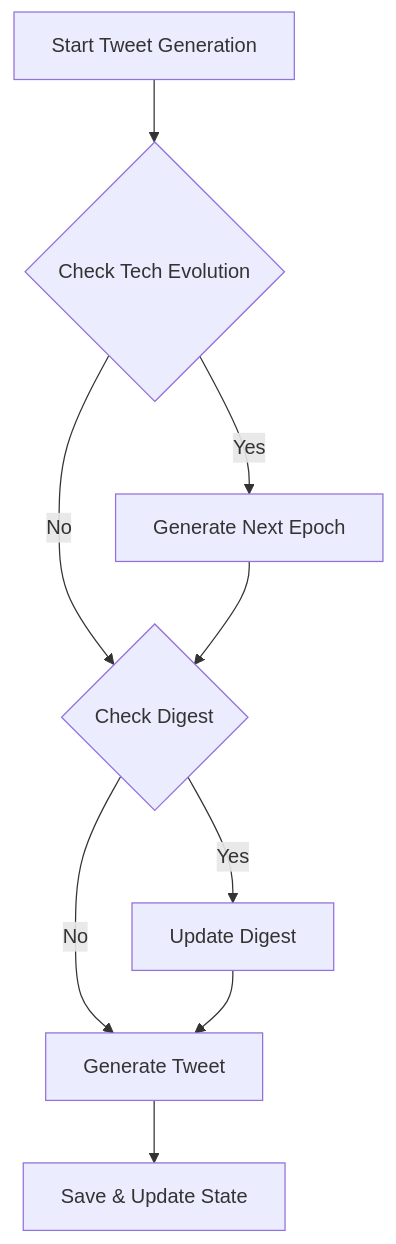
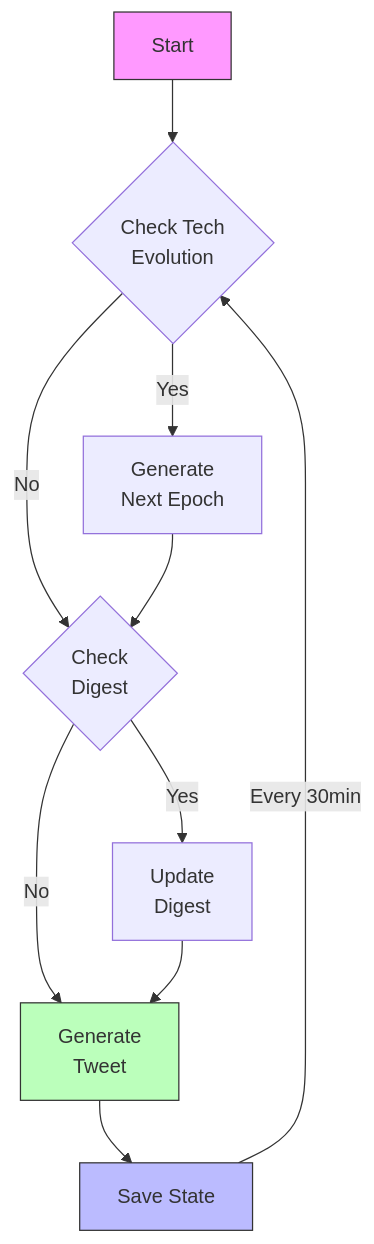
One commit to chenzhisen/XaviersSimACTII changed the diagram in README.md. Above: the diagram before and after it, drawn with Mermaid.

Commit message:
docs: streamline README documentation - Remove redundant sections - Improve clarity of workflow description - Simplify project structure descriptions - Consolidate feature descriptions - Make formatting more consistent

````diff
--- a/README.md
+++ b/README.md
@@ -41,11 +41,16 @@
 ```mermaid
 graph TD
-    A[Start Tweet Generation] --> B{Check Tech Evolution}
-    B -- Yes --> C[Generate Next Epoch]
-    B -- No --> D{Check Digest}
+    A[Start] --> B{Check Tech<br/>Evolution}
+    B -- Yes --> C[Generate<br/>Next Epoch]
+    B -- No --> D{Check<br/>Digest}
     C --> D
-    D -- Yes --> E[Update Digest]
-    D -- No --> F[Generate Tweet]
+    D -- Yes --> E[Update<br/>Digest]
+    D -- No --> F[Generate<br/>Tweet]
     E --> F
-    F --> G[Save & Update State]
+    F --> G[Save State]
+    G -->|Every 30min| B
+    
+    style A fill:#f9f,stroke:#333
+    style G fill:#bbf,stroke:#333
+    style F fill:#bfb,stroke:#333
 ```
````
